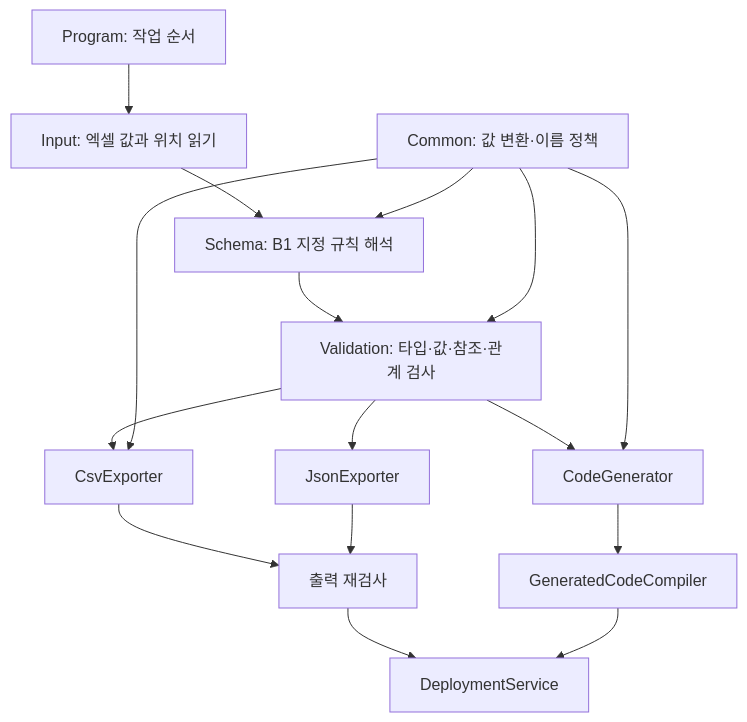
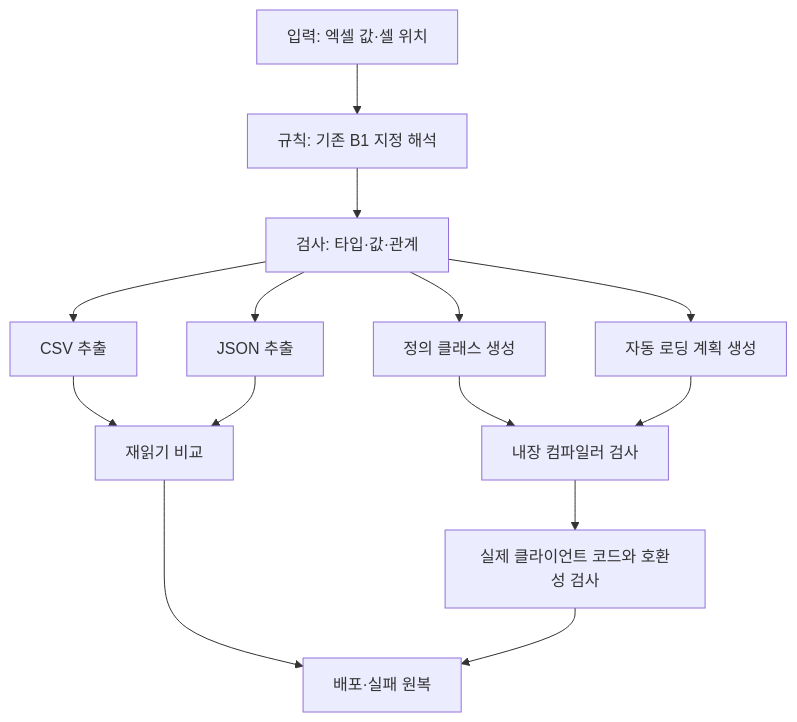
Before and after one commit to hyunho9228-web/DataSheet: the third of 5 diagrams in README.md, drawn with Mermaid. The commit also changed other lines of this file and 14 other files, not shown here.

````diff
--- a/README.md
+++ b/README.md
@@ -72,18 +95,16 @@
 ```mermaid
 flowchart TD
-    P[Program: 작업 순서] --> I[Input: 엑셀 값과 위치 읽기]
-    I --> S[Schema: B1 지정 규칙 해석]
-    S --> V[Validation: 타입·값·참조·관계 검사]
-    V --> C[CsvExporter]
-    V --> J[JsonExporter]
-    V --> G[CodeGenerator]
-    C --> O[출력 재검사]
+    I[입력: 엑셀 값·셀 위치] --> S[규칙: 기존 B1 지정 해석]
+    S --> V[검사: 타입·값·관계]
+    V --> C[CSV 추출]
+    V --> J[JSON 추출]
+    V --> D[정의 클래스 생성]
+    V --> P[자동 로딩 계획 생성]
+    C --> O[재읽기 비교]
     J --> O
-    G --> K[GeneratedCodeCompiler]
-    O --> D[DeploymentService]
-    K --> D
-    M[Common: 값 변환·이름 정책] --> S
-    M --> V
-    M --> C
-    M --> G
+    D --> K[내장 컴파일러 검사]
+    P --> K
+    K --> L[실제 클라이언트 코드와 호환성 검사]
+    O --> E[배포·실패 원복]
+    L --> E
 ```
````
